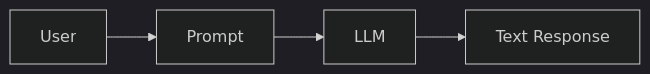
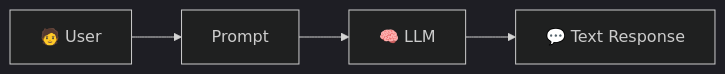
The second of 31 diagrams in Agentic Ai Learning/08 Open-ai-agent-sdk/00 Introduction/Readme.md (maliksiddiq/learning-agentic-ai), drawn with Mermaid (dark theme) before and after one commit. The commit also changed other lines of this file, not shown here.

````diff
--- a/Agentic Ai Learning/08 Open-ai-agent-sdk/00 Introduction/Readme.md
+++ b/Agentic Ai Learning/08 Open-ai-agent-sdk/00 Introduction/Readme.md
@@ -64,4 +88,4 @@
 ```mermaid
 flowchart LR
-    A[User] --> B[Prompt] --> C[LLM] --> D[Text Response]
+    A[🧑 User] --> B[Prompt] --> C[🧠 LLM] --> D[💬 Text Response]
 ```
````
